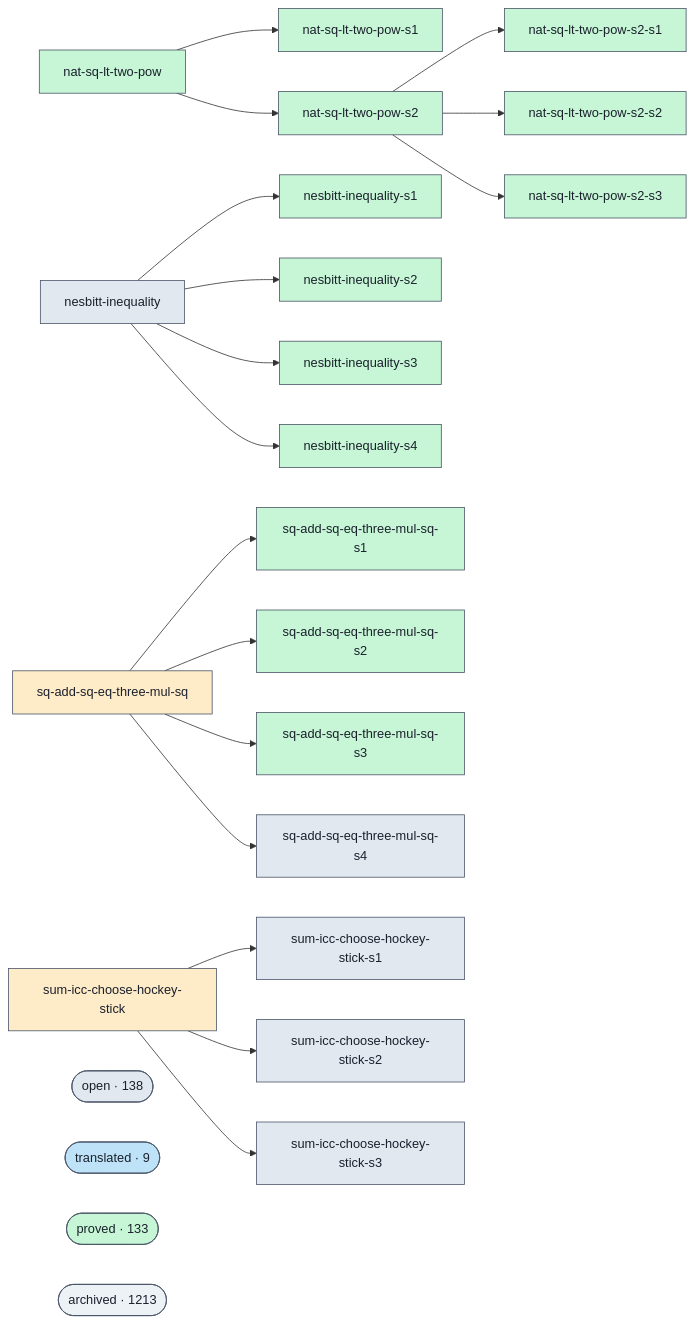
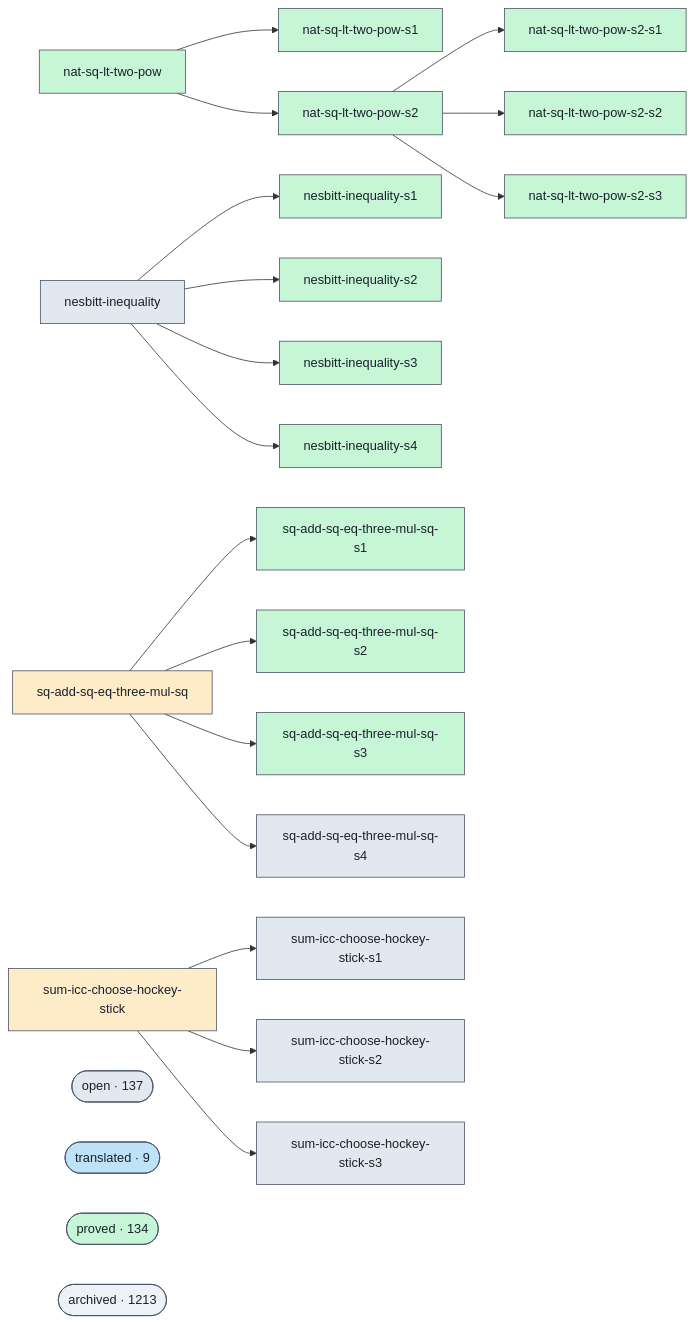
One commit to ohdearquant/unsorry changed the diagram in docs/proofs-contributors-visualisation.md. Above: the diagram before and after it, drawn with Mermaid. The commit also changed other lines of this file and 2 other files, not shown here.

```diff
--- a/docs/proofs-contributors-visualisation.md
+++ b/docs/proofs-contributors-visualisation.md
@@ -98,11 +98,11 @@
   g_sum_icc_choose_hockey_stick --> g_sum_icc_choose_hockey_stick_s1
   g_sum_icc_choose_hockey_stick --> g_sum_icc_choose_hockey_stick_s2
   g_sum_icc_choose_hockey_stick --> g_sum_icc_choose_hockey_stick_s3
-  cluster_open(["open · 138"])
+  cluster_open(["open · 137"])
   class cluster_open open;
   cluster_translated(["translated · 9"])
   class cluster_translated translated;
-  cluster_proved(["proved · 133"])
+  cluster_proved(["proved · 134"])
   class cluster_proved proved;
   cluster_archived(["archived · 1213"])
   class cluster_archived unknown;
```
